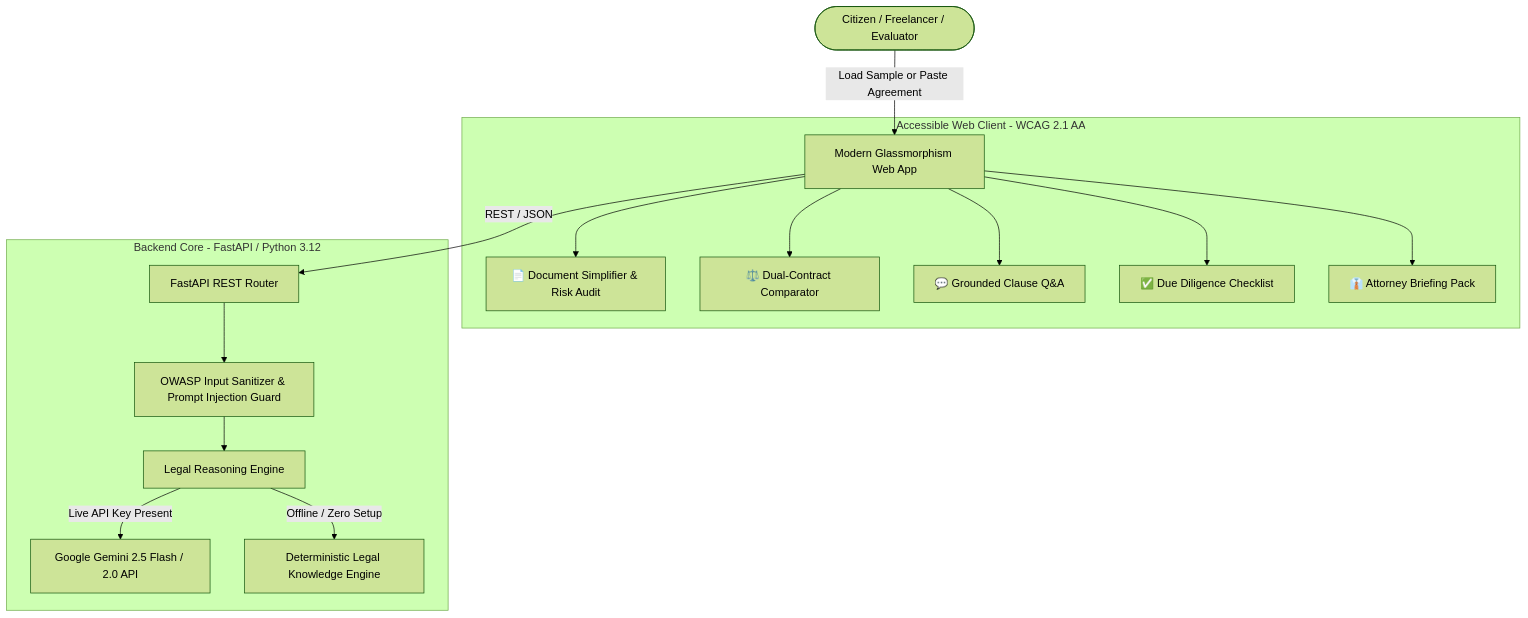
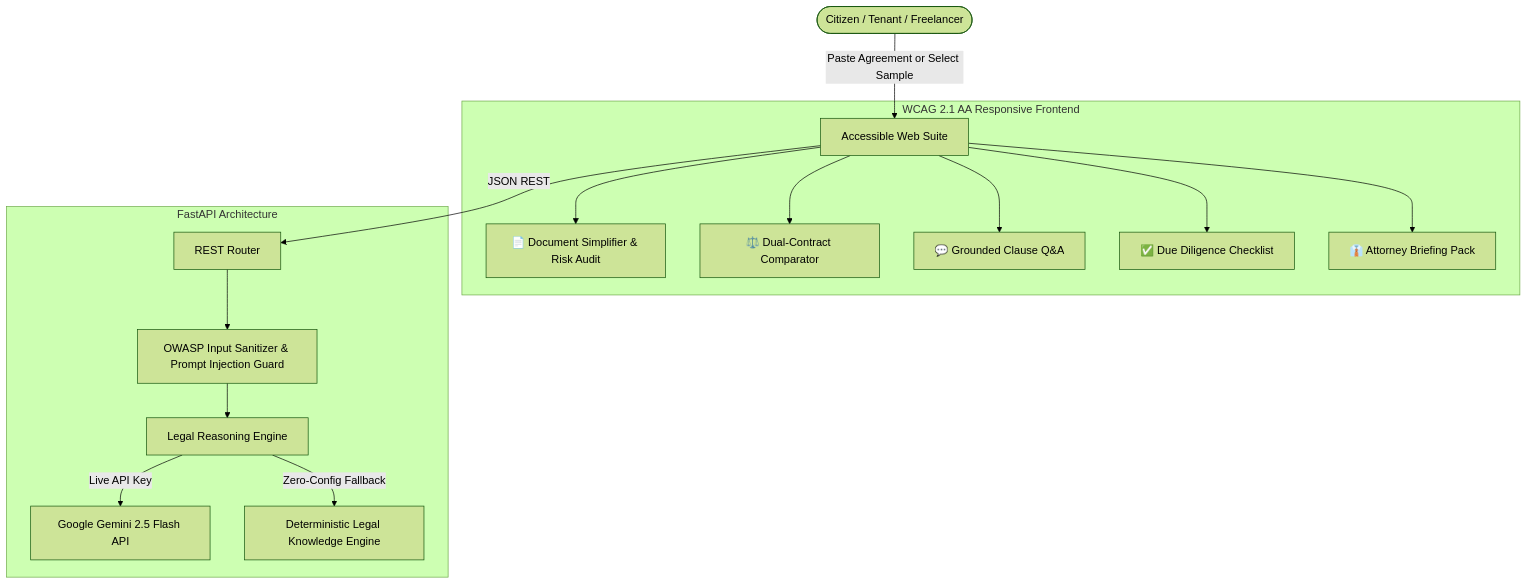
One commit to RajBarot3826/lexiaid-legal-ai changed the diagram in README.md. Above: the diagram before and after it, drawn with Mermaid (forest theme). The commit also changed other lines of this file and 2 other files, not shown here.

Commit message:
docs: enhance README with Approach and logic, How it works, Assumptions, and 22-test suite

````diff
--- a/README.md
+++ b/README.md
@@ -45,22 +42,22 @@
 ```mermaid
 graph TD
-    User([Citizen / Freelancer / Evaluator]) -->|Load Sample or Paste Agreement| WebUI[Modern Glassmorphism Web App]
+    User([Citizen / Tenant / Freelancer]) -->|Paste Agreement or Select Sample| WebClient[Accessible Web Suite]
 
-    subgraph Client [Accessible Web Client - WCAG 2.1 AA]
-        WebUI --> Tab1[📄 Document Simplifier & Risk Audit]
-        WebUI --> Tab2[⚖️ Dual-Contract Comparator]
-        WebUI --> Tab3[💬 Grounded Clause Q&A]
-        WebUI --> Tab4[✅ Due Diligence Checklist]
-        WebUI --> Tab5[👔 Attorney Briefing Pack]
+    subgraph ClientLayer [WCAG 2.1 AA Responsive Frontend]
+        WebClient --> M1[📄 Document Simplifier & Risk Audit]
+        WebClient --> M2[⚖️ Dual-Contract Comparator]
+        WebClient --> M3[💬 Grounded Clause Q&A]
+        WebClient --> M4[✅ Due Diligence Checklist]
+        WebClient --> M5[👔 Attorney Briefing Pack]
     end
 
-    subgraph Server [Backend Core - FastAPI / Python 3.12]
-        Router[FastAPI REST Router] --> Sanitizer[OWASP Input Sanitizer & Prompt Injection Guard]
+    subgraph ServerLayer [FastAPI Architecture]
+        Router[REST Router] --> Sanitizer[OWASP Input Sanitizer & Prompt Injection Guard]
         Sanitizer --> Engine[Legal Reasoning Engine]
         
-        Engine -->|Live API Key Present| Gemini[Google Gemini 2.5 Flash / 2.0 API]
-        Engine -->|Offline / Zero Setup| DeterministicMock[Deterministic Legal Knowledge Engine]
+        Engine -->|Live API Key| Gemini[Google Gemini 2.5 Flash API]
+        Engine -->|Zero-Config Fallback| DeterministicEngine[Deterministic Legal Knowledge Engine]
     end
 
-    WebUI -->|REST / JSON| Router
+    WebClient -->|JSON REST| Router
 ```
````
